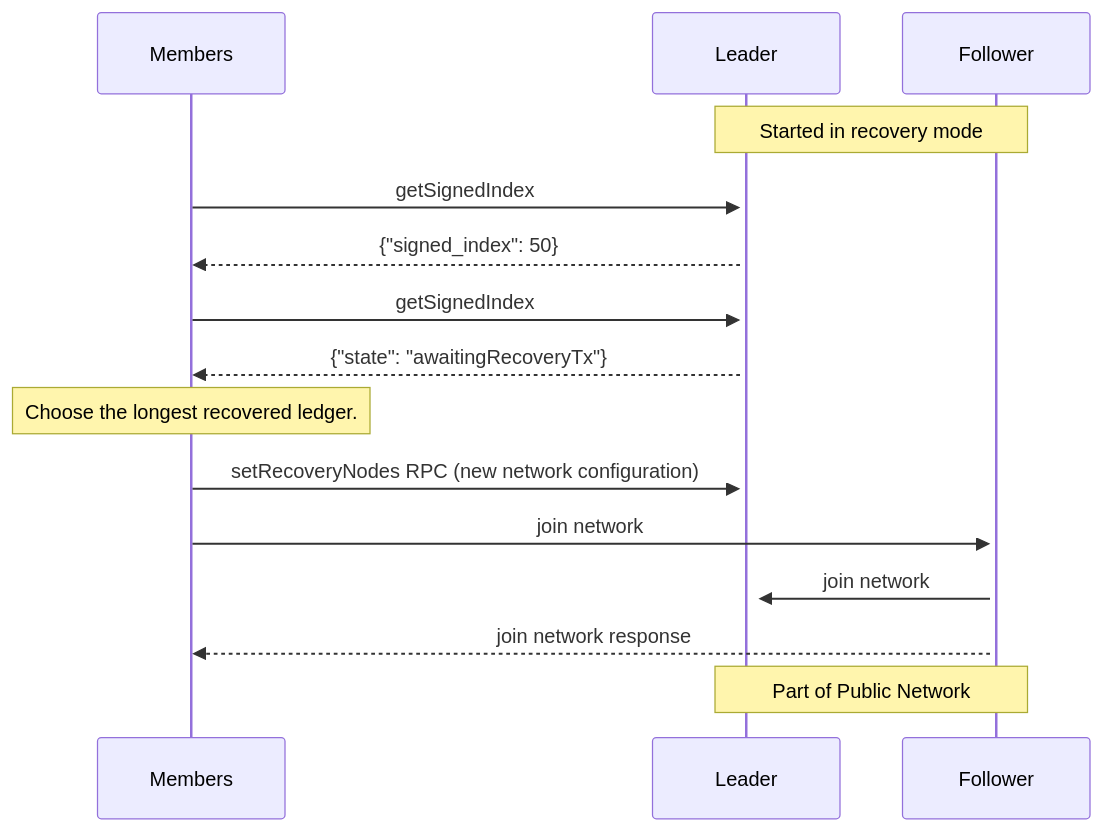
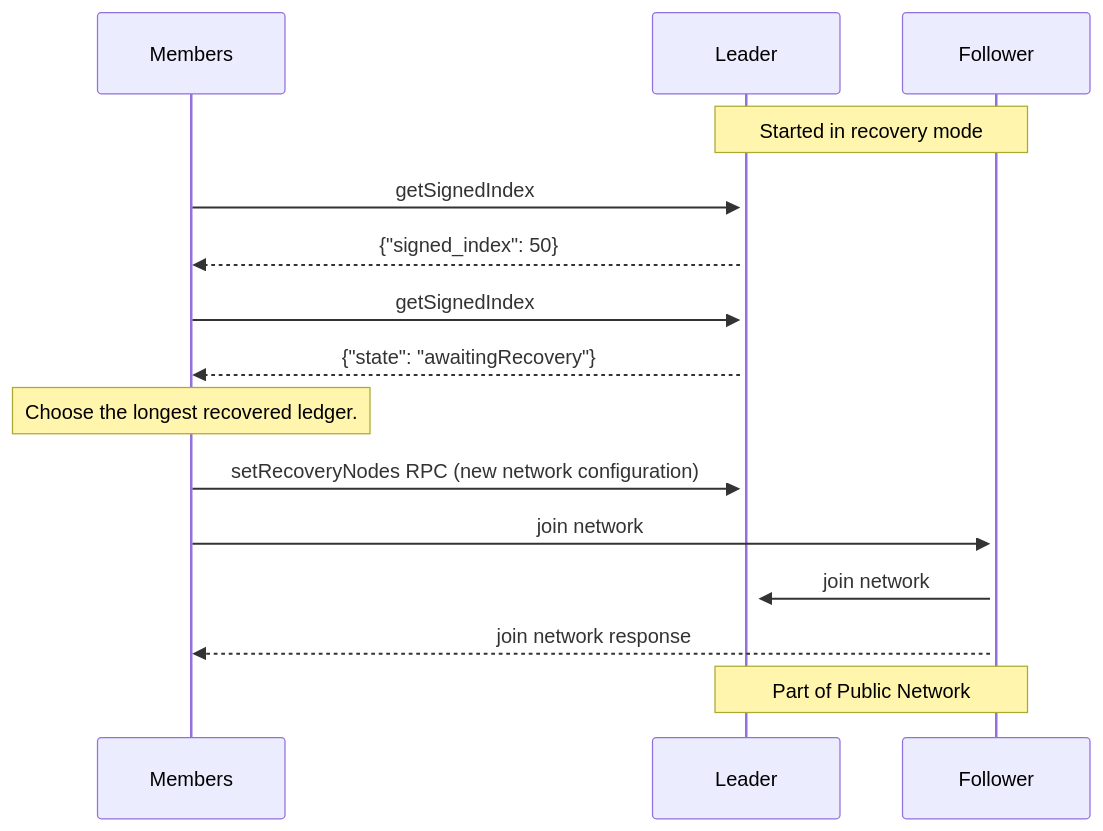
Before and after one commit to microsoft/CCF: the first of 2 diagrams in sphinx/source/recovery.rst, drawn with Mermaid. The commit also changed other lines of this file and 4 other files, not shown here.

```diff
--- a/sphinx/source/recovery.rst
+++ b/sphinx/source/recovery.rst
@@ -37,23 +37,23 @@
 .. mermaid::
 
     sequenceDiagram
         participant Members
         participant Leader
         participant Follower
 
         Note over Leader, Follower: Started in recovery mode
 
         Members->>+Leader: getSignedIndex
         Leader-->>Members: {"signed_index": 50}
         Members->>Leader: getSignedIndex
-        Leader-->>Members: {"state": "awaitingRecoveryTx"}
+        Leader-->>Members: {"state": "awaitingRecovery"}
 
         Note over Members: Choose the longest recovered ledger.
 
         Members->>+Leader: setRecoveryNodes RPC (new network configuration)
 
         Members->>+Follower: join network
         Follower->>+Leader: join network
         Follower-->>Members: join network response
 
         Note over Leader, Follower: Part of Public Network
```
